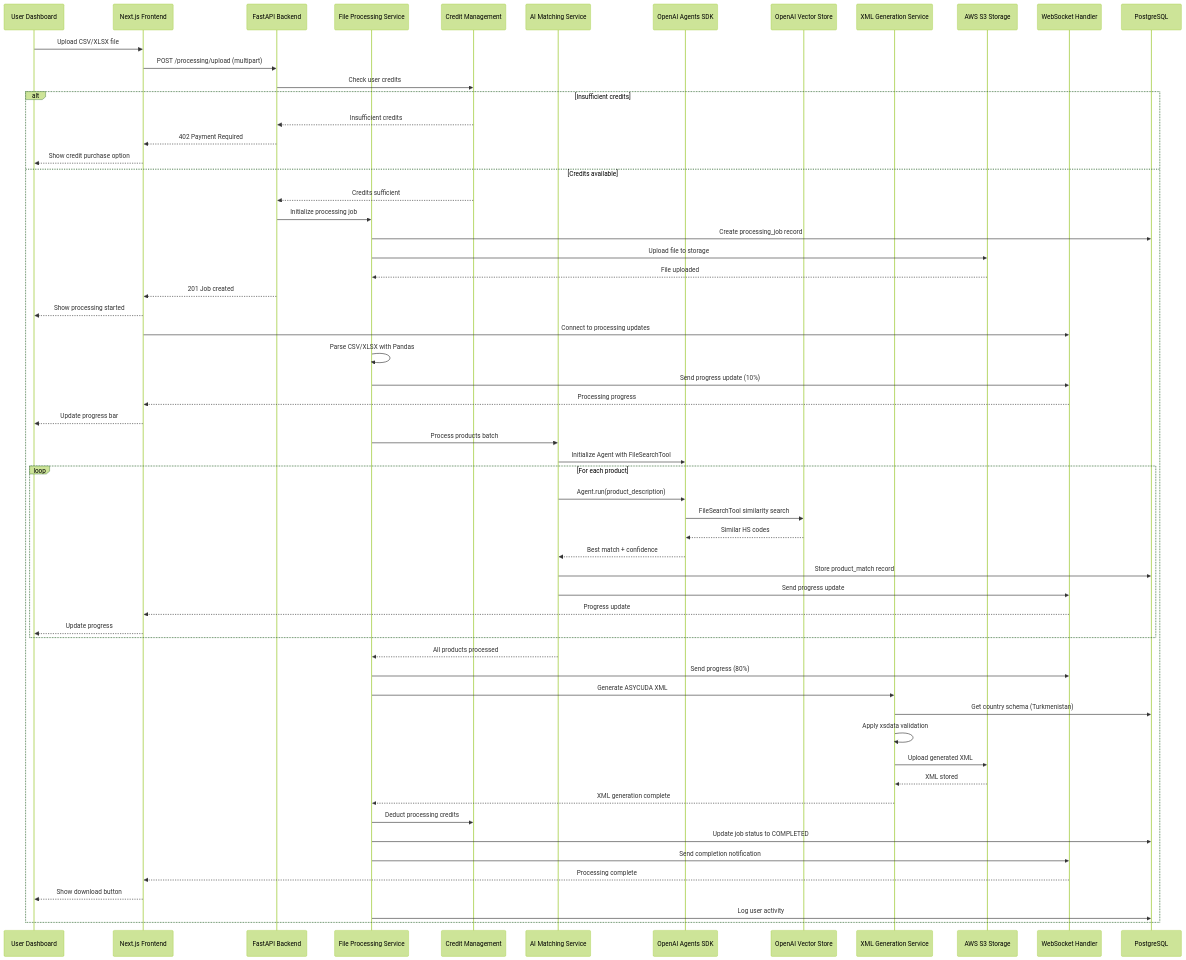
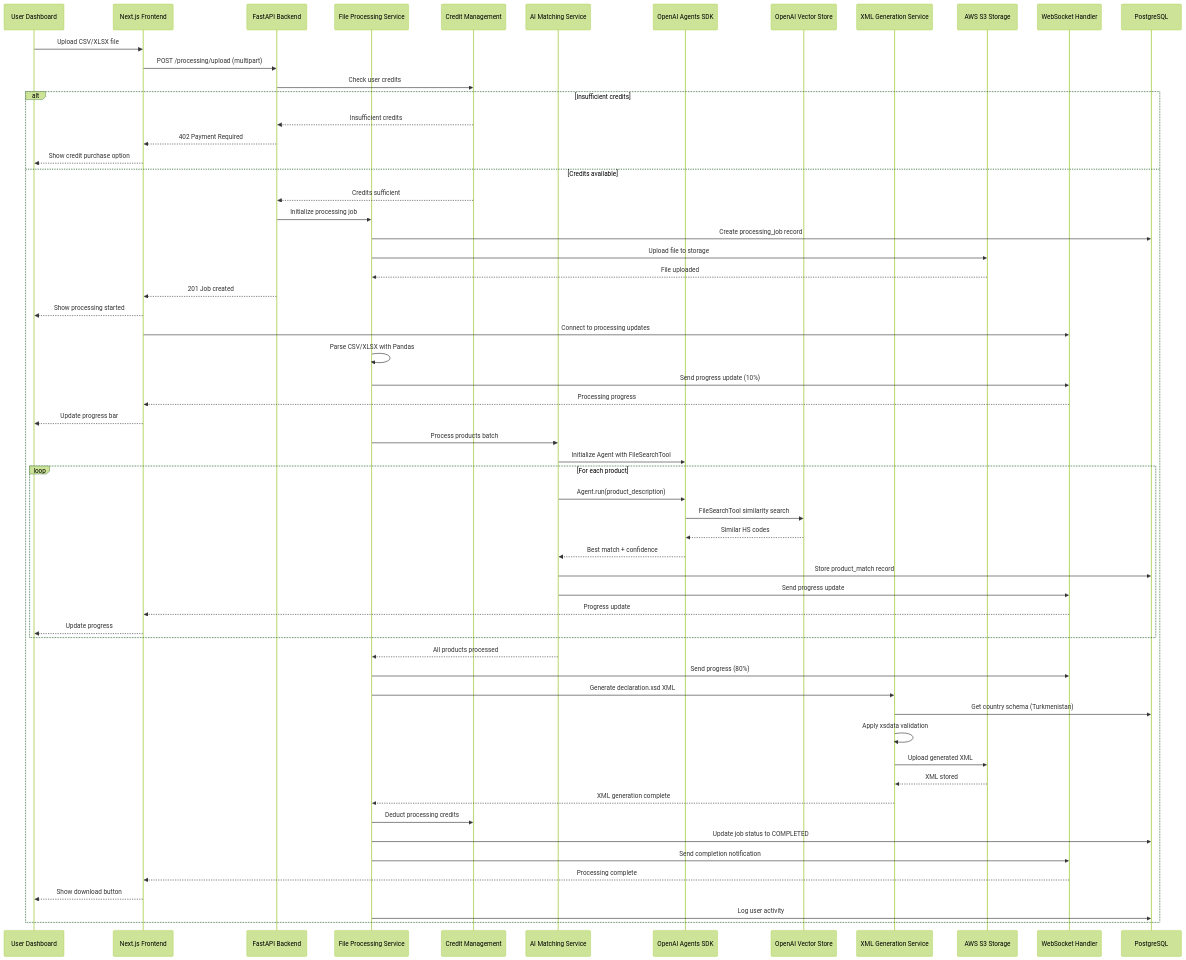
One commit to hbs-1991/XM-Port-Tm changed the first of 2 diagrams in docs/architecture/core-workflows.md. Above: the diagram before and after it, drawn with Mermaid (forest theme). The commit also changed 72 other files, not shown here.

Commit message:
Обновлены схемы и интерфейсы для обработки файлов: добавлены новые поля и улучшена валидация. Исправлены названия колонок в шаблонах и компонентах, улучшена обработка ошибок в сервисах. Удалены устаревшие файлы и оптимизирована работа с XML генерацией.

````diff
--- a/docs/architecture/core-workflows.md
+++ b/docs/architecture/core-workflows.md
@@ -5,75 +5,75 @@
 ```mermaid
 sequenceDiagram
     participant User as User Dashboard
     participant NextJS as Next.js Frontend
     participant FastAPI as FastAPI Backend
     participant FileProc as File Processing Service
     participant Credits as Credit Management
     participant AI as AI Matching Service
     participant OpenAI as OpenAI Agents SDK
     participant VectorStore as OpenAI Vector Store
     participant XML as XML Generation Service
     participant S3 as AWS S3 Storage
     participant WS as WebSocket Handler
     participant DB as PostgreSQL
 
     User->>NextJS: Upload CSV/XLSX file
     NextJS->>FastAPI: POST /processing/upload (multipart)
     FastAPI->>Credits: Check user credits
     
     alt Insufficient credits
         Credits-->>FastAPI: Insufficient credits
         FastAPI-->>NextJS: 402 Payment Required
         NextJS-->>User: Show credit purchase option
     else Credits available
         Credits-->>FastAPI: Credits sufficient
         FastAPI->>FileProc: Initialize processing job
         FileProc->>DB: Create processing_job record
         FileProc->>S3: Upload file to storage
         S3-->>FileProc: File uploaded
         FastAPI-->>NextJS: 201 Job created
         NextJS-->>User: Show processing started
         
         %% Real-time WebSocket connection
         NextJS->>WS: Connect to processing updates
         
         %% Background async processing
         FileProc->>FileProc: Parse CSV/XLSX with Pandas
         FileProc->>WS: Send progress update (10%)
         WS-->>NextJS: Processing progress
         NextJS-->>User: Update progress bar
         
         FileProc->>AI: Process products batch
         AI->>OpenAI: Initialize Agent with FileSearchTool
         
         loop For each product
             AI->>OpenAI: Agent.run(product_description)
             OpenAI->>VectorStore: FileSearchTool similarity search
             VectorStore-->>OpenAI: Similar HS codes
             OpenAI-->>AI: Best match + confidence
             AI->>DB: Store product_match record
             AI->>WS: Send progress update
             WS-->>NextJS: Progress update
             NextJS-->>User: Update progress
         end
         
         AI-->>FileProc: All products processed
         FileProc->>WS: Send progress (80%)
         
-        FileProc->>XML: Generate ASYCUDA XML
+        FileProc->>XML: Generate declaration.xsd XML
         XML->>DB: Get country schema (Turkmenistan)
         XML->>XML: Apply xsdata validation
         XML->>S3: Upload generated XML
         S3-->>XML: XML stored
         XML-->>FileProc: XML generation complete
         
         FileProc->>Credits: Deduct processing credits
         FileProc->>DB: Update job status to COMPLETED
         FileProc->>WS: Send completion notification
         WS-->>NextJS: Processing complete
         NextJS-->>User: Show download button
         
         %% Analytics tracking
         FileProc->>DB: Log user activity
     end
 ```
````
